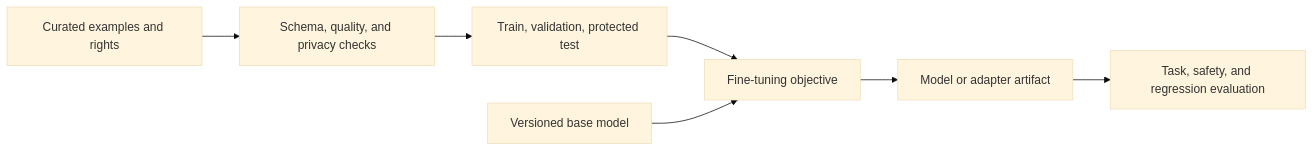
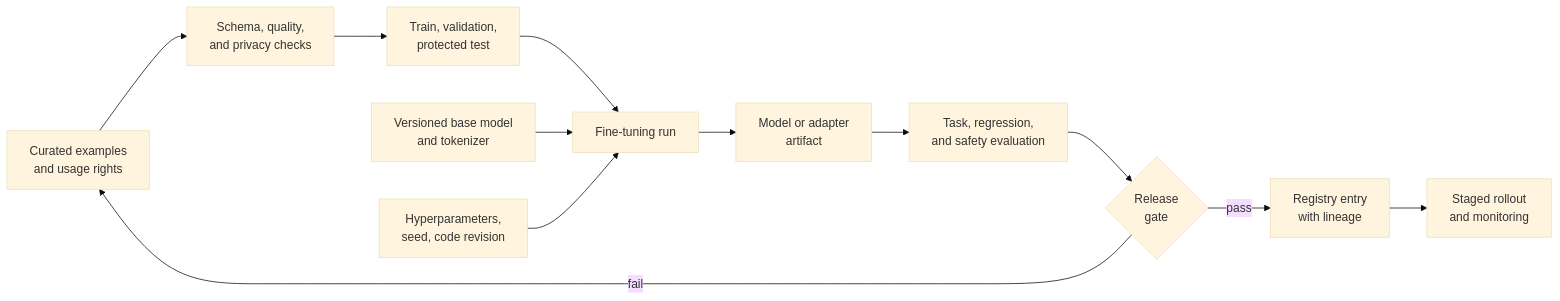
One commit to joydasss/Architect changed the first of 18 diagrams in 16_AI_and_GenAI/CH20_Fine_Tuning_PEFT_and_LoRA.md. Above: the diagram before and after it, drawn with Mermaid (base theme). The commit also changed other lines of this file and 295 other files, not shown here.

````diff
--- a/16_AI_and_GenAI/CH20_Fine_Tuning_PEFT_and_LoRA.md
+++ b/16_AI_and_GenAI/CH20_Fine_Tuning_PEFT_and_LoRA.md
@@ -13,9 +46,14 @@
 ```mermaid
 flowchart LR
-    Data[Curated examples and rights] --> Validate[Schema, quality, and privacy checks]
-    Validate --> Split[Train, validation, protected test]
-    Split --> Train[Fine-tuning objective]
-    Base[Versioned base model] --> Train
-    Train --> Adapter[Model or adapter artifact]
-    Adapter --> Evaluate[Task, safety, and regression evaluation]
+    Data["Curated examples<br/>and usage rights"] --> Validate["Schema, quality,<br/>and privacy checks"]
+    Validate --> Split["Train, validation,<br/>protected test"]
+    Split --> Train["Fine-tuning run"]
+    Base["Versioned base model<br/>and tokenizer"] --> Train
+    Config["Hyperparameters,<br/>seed, code revision"] --> Train
+    Train --> Adapter["Model or adapter<br/>artifact"]
+    Adapter --> Eval["Task, regression,<br/>and safety evaluation"]
+    Eval --> Gate{"Release<br/>gate"}
+    Gate -->|pass| Registry["Registry entry<br/>with lineage"]
+    Gate -->|fail| Data
+    Registry --> Serve["Staged rollout<br/>and monitoring"]
 ```
````
